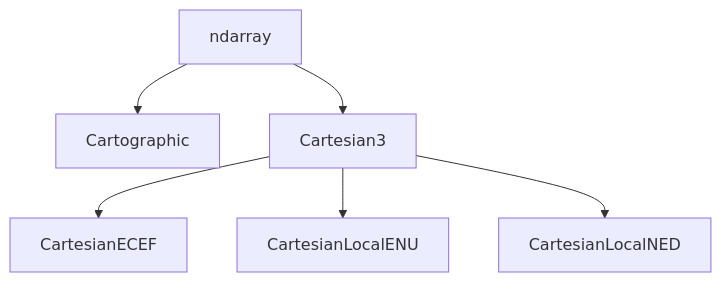
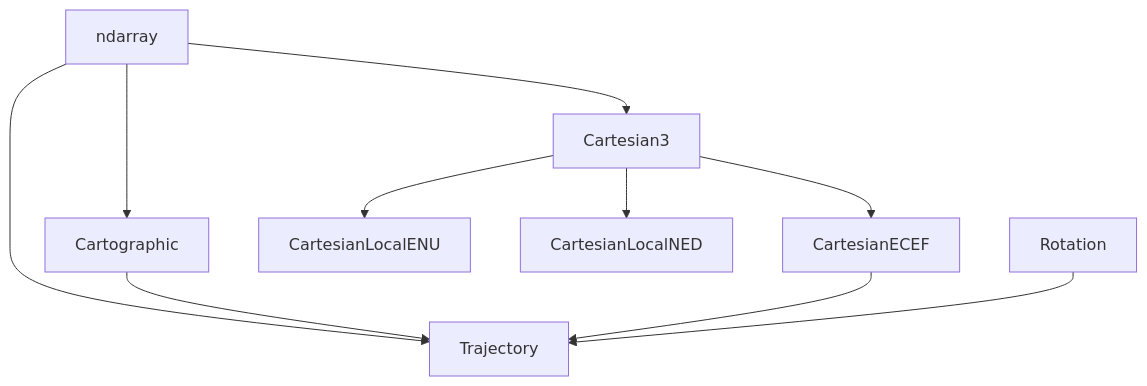
The diagram in README.md (oleveque/sargeom), drawn with Mermaid before and after one commit.

Commit message:
Update dependency relationships in README to include Trajectory connections

````diff
--- a/README.md
+++ b/README.md
@@ -38,8 +38,12 @@
 ```mermaid
 graph TD
     ndarray --> Cartographic
     ndarray --> Cartesian3
     Cartesian3 --> CartesianECEF
     Cartesian3 --> CartesianLocalENU
     Cartesian3 --> CartesianLocalNED
+    ndarray --> Trajectory
+    Cartographic --> Trajectory
+    CartesianECEF --> Trajectory
+    Rotation --> Trajectory
 ```
````
